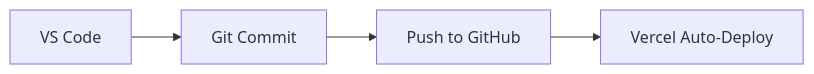
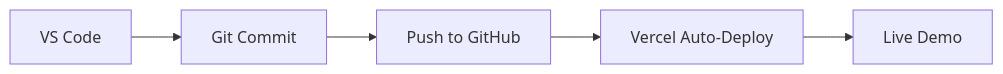
The diagram in README.md (tdeng3/epic-games), drawn with Mermaid before and after one commit. The commit also changed other lines of this file, not shown here.

````diff
--- a/README.md
+++ b/README.md
@@ -63,6 +122,7 @@
 ```mermaid
 graph LR
   A[VS Code] --> B[Git Commit]
   B --> C[Push to GitHub]
   C --> D[Vercel Auto-Deploy]
+  D --> E[Live Demo]
 ```
````
